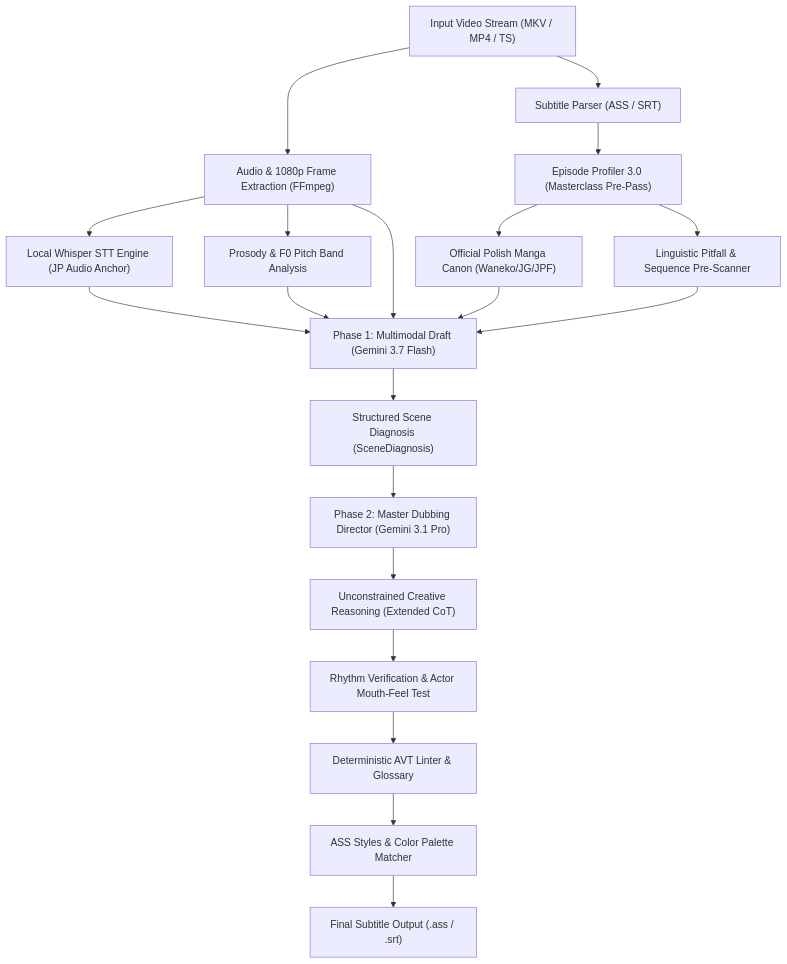
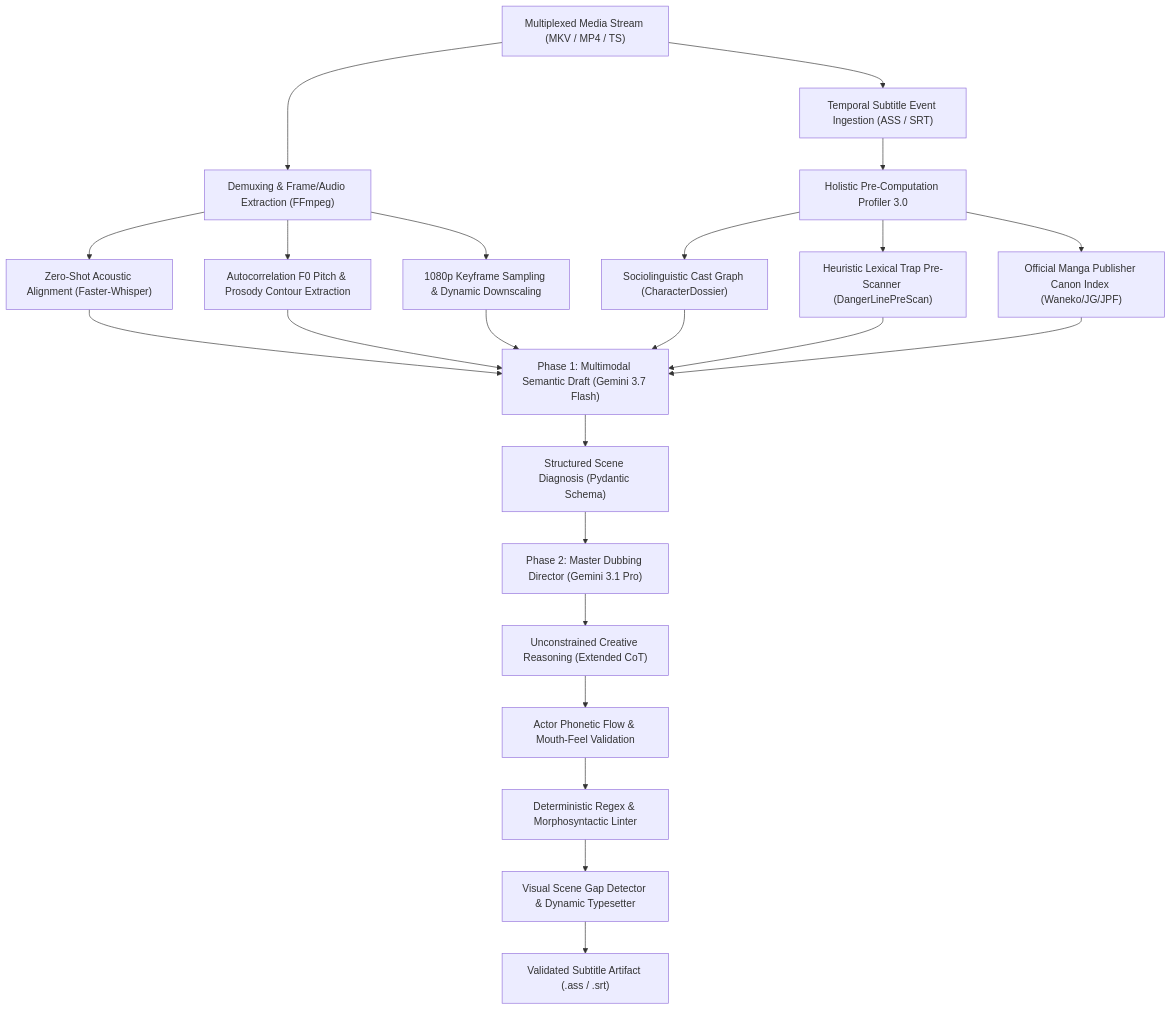
Before and after one commit to wooles/translator: the diagram in README.md, drawn with Mermaid. The commit also changed other lines of this file, not shown here.

````diff
--- a/README.md
+++ b/README.md
@@ -19,26 +19,29 @@
 ```mermaid
 flowchart TD
-    Video["Input Video Stream (MKV / MP4 / TS)"] --> AudioExtract["Audio & 1080p Frame Extraction (FFmpeg)"]
-    AudioExtract --> WhisperSTT["Local Whisper STT Engine (JP Audio Anchor)"]
-    AudioExtract --> Prosody["Prosody & F0 Pitch Band Analysis"]
-    Video --> SubtitleParse["Subtitle Parser (ASS / SRT)"]
+    Video["Multiplexed Media Stream (MKV / MP4 / TS)"] --> Demux["Demuxing & Frame/Audio Extraction (FFmpeg)"]
+    Demux --> Whisper["Zero-Shot Acoustic Alignment (Faster-Whisper)"]
+    Demux --> F0["Autocorrelation F0 Pitch & Prosody Contour Extraction"]
+    Demux --> Vision["1080p Keyframe Sampling & Dynamic Downscaling"]
+    Video --> SubtitleParser["Temporal Subtitle Event Ingestion (ASS / SRT)"]
 
-    SubtitleParse --> Profiler["Episode Profiler 3.0 (Masterclass Pre-Pass)"]
-    Profiler --> MangaCanon["Official Polish Manga Canon (Waneko/JG/JPF)"]
-    Profiler --> DangerScan["Linguistic Pitfall & Sequence Pre-Scanner"]
+    SubtitleParser --> Profiler["Holistic Pre-Computation Profiler 3.0"]
+    Profiler --> Cast["Sociolinguistic Cast Graph (CharacterDossier)"]
+    Profiler --> Traps["Heuristic Lexical Trap Pre-Scanner (DangerLinePreScan)"]
+    Profiler --> Canon["Official Manga Publisher Canon Index (Waneko/JG/JPF)"]
 
-    WhisperSTT --> F1["Phase 1: Multimodal Draft (Gemini 3.7 Flash)"]
-    Prosody --> F1
-    MangaCanon --> F1
-    DangerScan --> F1
-    AudioExtract --> F1
+    Whisper --> Phase1["Phase 1: Multimodal Semantic Draft (Gemini 3.7 Flash)"]
+    F0 --> Phase1
+    Vision --> Phase1
+    Cast --> Phase1
+    Traps --> Phase1
+    Canon --> Phase1
 
-    F1 --> SceneDiag["Structured Scene Diagnosis (SceneDiagnosis)"]
-    SceneDiag --> F2["Phase 2: Master Dubbing Director (Gemini 3.1 Pro)"]
-    F2 --> CoT["Unconstrained Creative Reasoning (Extended CoT)"]
-    CoT --> MouthFeel["Rhythm Verification & Actor Mouth-Feel Test"]
+    Phase1 --> SceneDiag["Structured Scene Diagnosis (Pydantic Schema)"]
+    SceneDiag --> Phase2["Phase 2: Master Dubbing Director (Gemini 3.1 Pro)"]
+    Phase2 --> CoT["Unconstrained Creative Reasoning (Extended CoT)"]
+    CoT --> MouthFeel["Actor Phonetic Flow & Mouth-Feel Validation"]
 
-    MouthFeel --> Linter["Deterministic AVT Linter & Glossary"]
-    Linter --> Typesetting["ASS Styles & Color Palette Matcher"]
-    Typesetting --> Output["Final Subtitle Output (.ass / .srt)"]
+    MouthFeel --> Linter["Deterministic Regex & Morphosyntactic Linter"]
+    Linter --> VisualOCR["Visual Scene Gap Detector & Dynamic Typesetter"]
+    VisualOCR --> ASSOutput["Validated Subtitle Artifact (.ass / .srt)"]
 ```
````
